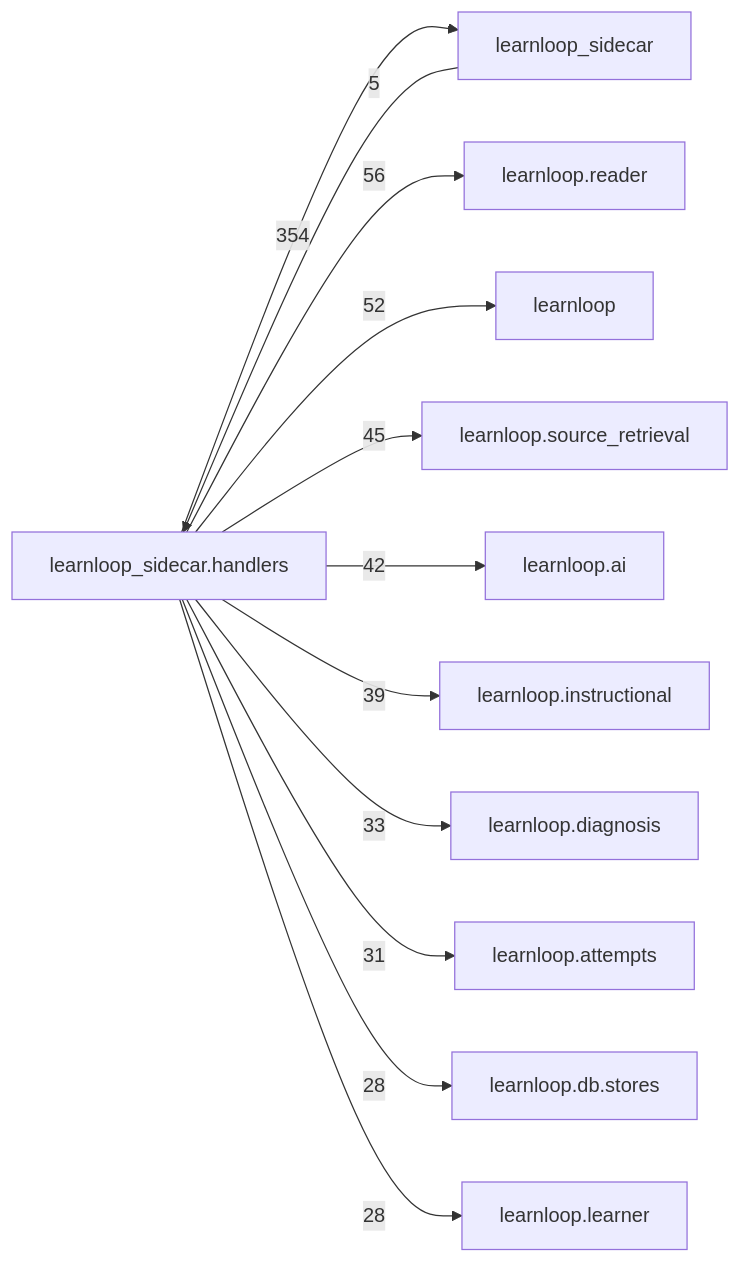
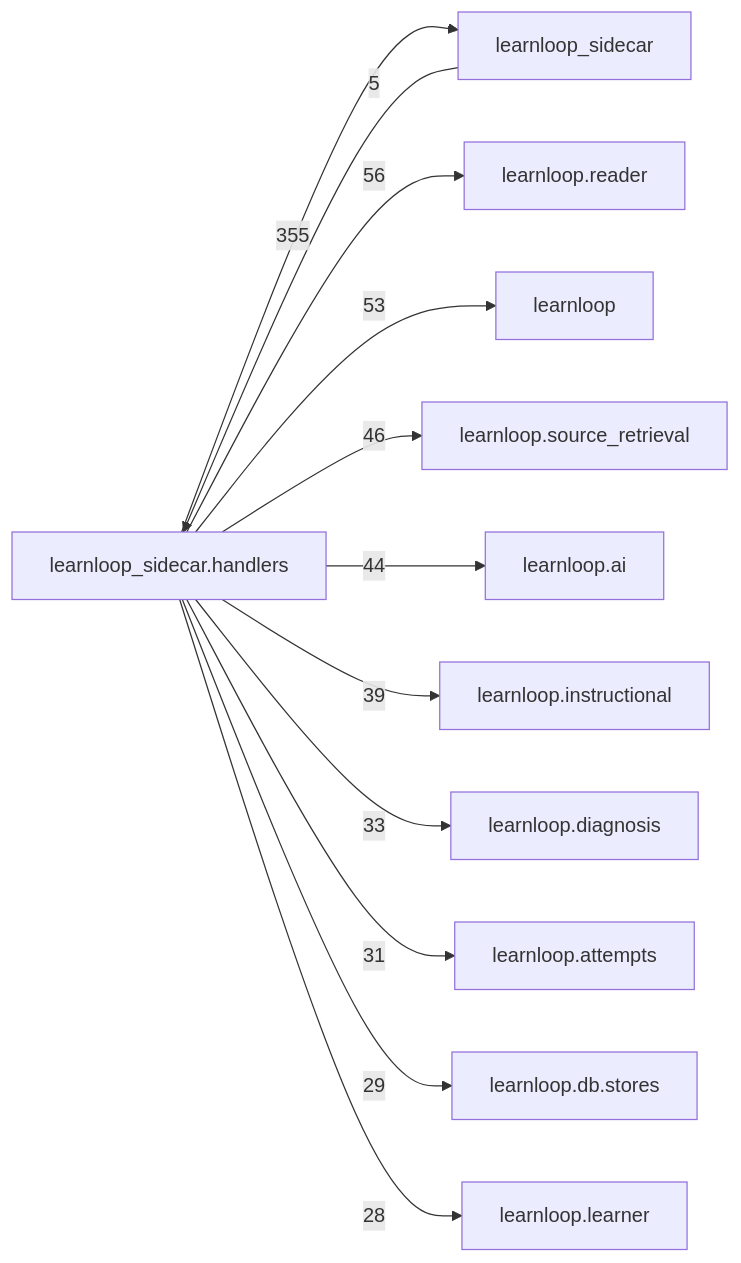
Before and after one commit to 6up-b/learnanything: the diagram in docs/learnloop-architecture-vault/Reference/Modules/learnloop_sidecar/handlers/_package.md, drawn with Mermaid. The commit also changed other lines of this file and 46 other files, not shown here.

````diff
--- a/docs/learnloop-architecture-vault/Reference/Modules/learnloop_sidecar/handlers/_package.md
+++ b/docs/learnloop-architecture-vault/Reference/Modules/learnloop_sidecar/handlers/_package.md
@@ -278,25 +278,25 @@
 ```mermaid
 flowchart LR
     center["learnloop_sidecar.handlers"]
     n_learnloop_sidecar["learnloop_sidecar"]
     n_learnloop_reader["learnloop.reader"]
     n_learnloop["learnloop"]
     n_learnloop_source_retrieval["learnloop.source_retrieval"]
     n_learnloop_ai["learnloop.ai"]
     n_learnloop_instructional["learnloop.instructional"]
     n_learnloop_diagnosis["learnloop.diagnosis"]
     n_learnloop_attempts["learnloop.attempts"]
     n_learnloop_db_stores["learnloop.db.stores"]
     n_learnloop_learner["learnloop.learner"]
     n_learnloop_sidecar -->|5| center
-    center -->|354| n_learnloop_sidecar
+    center -->|355| n_learnloop_sidecar
     center -->|56| n_learnloop_reader
-    center -->|52| n_learnloop
-    center -->|45| n_learnloop_source_retrieval
-    center -->|42| n_learnloop_ai
+    center -->|53| n_learnloop
+    center -->|46| n_learnloop_source_retrieval
+    center -->|44| n_learnloop_ai
     center -->|39| n_learnloop_instructional
     center -->|33| n_learnloop_diagnosis
     center -->|31| n_learnloop_attempts
-    center -->|28| n_learnloop_db_stores
+    center -->|29| n_learnloop_db_stores
     center -->|28| n_learnloop_learner
 ```
````
